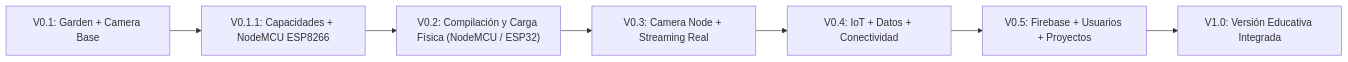
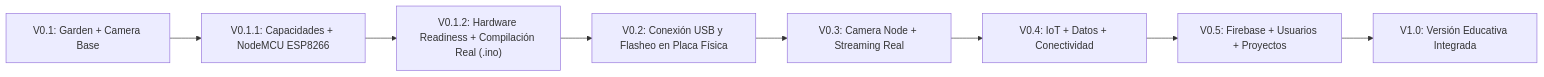
The diagram in docs/ROADMAP.md (smarcelocejasgit/bi-tech-iot-studio), drawn with Mermaid before and after one commit. The commit also changed other lines of this file and 22 other files, not shown here.

Commit message:
feat(v0.1.2): hardware readiness, compilable NodeMCU sketch, and Arduino CLI validation

````diff
--- a/docs/ROADMAP.md
+++ b/docs/ROADMAP.md
@@ -3,9 +3,10 @@
 ```mermaid
 flowchart LR
     V01["V0.1: Garden + Camera Base"] --> V011["V0.1.1: Capacidades + NodeMCU ESP8266"]
-    V011 --> V02["V0.2: Compilación y Carga Física (NodeMCU / ESP32)"]
+    V011 --> V012["V0.1.2: Hardware Readiness + Compilación Real (.ino)"]
+    V012 --> V02["V0.2: Conexión USB y Flasheo en Placa Física"]
     V02 --> V03["V0.3: Camera Node + Streaming Real"]
     V03 --> V04["V0.4: IoT + Datos + Conectividad"]
     V04 --> V05["V0.5: Firebase + Usuarios + Proyectos"]
     V05 --> V10["V1.0: Versión Educativa Integrada"]
 ```
````
